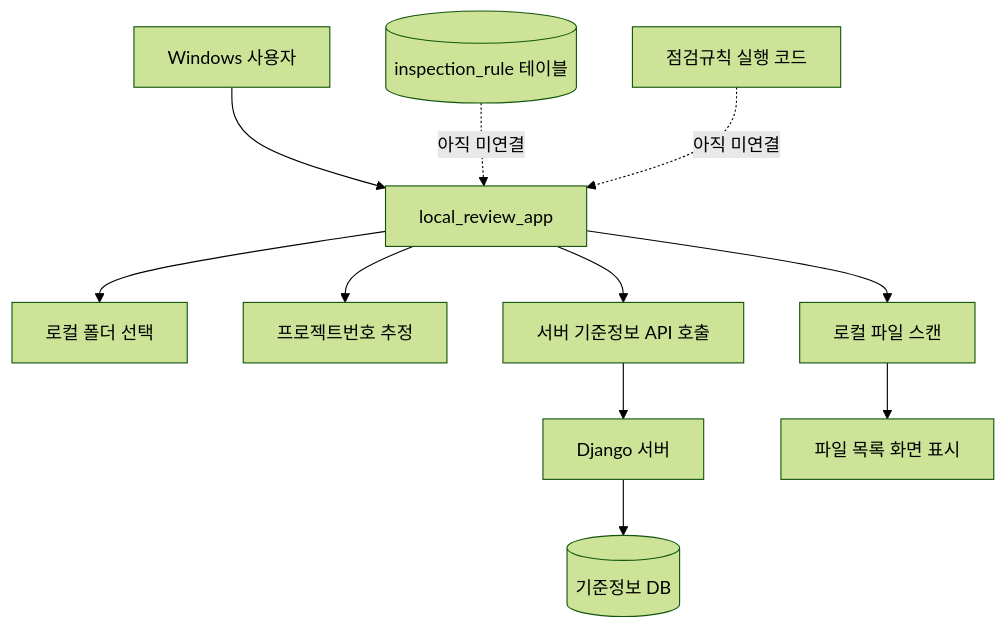
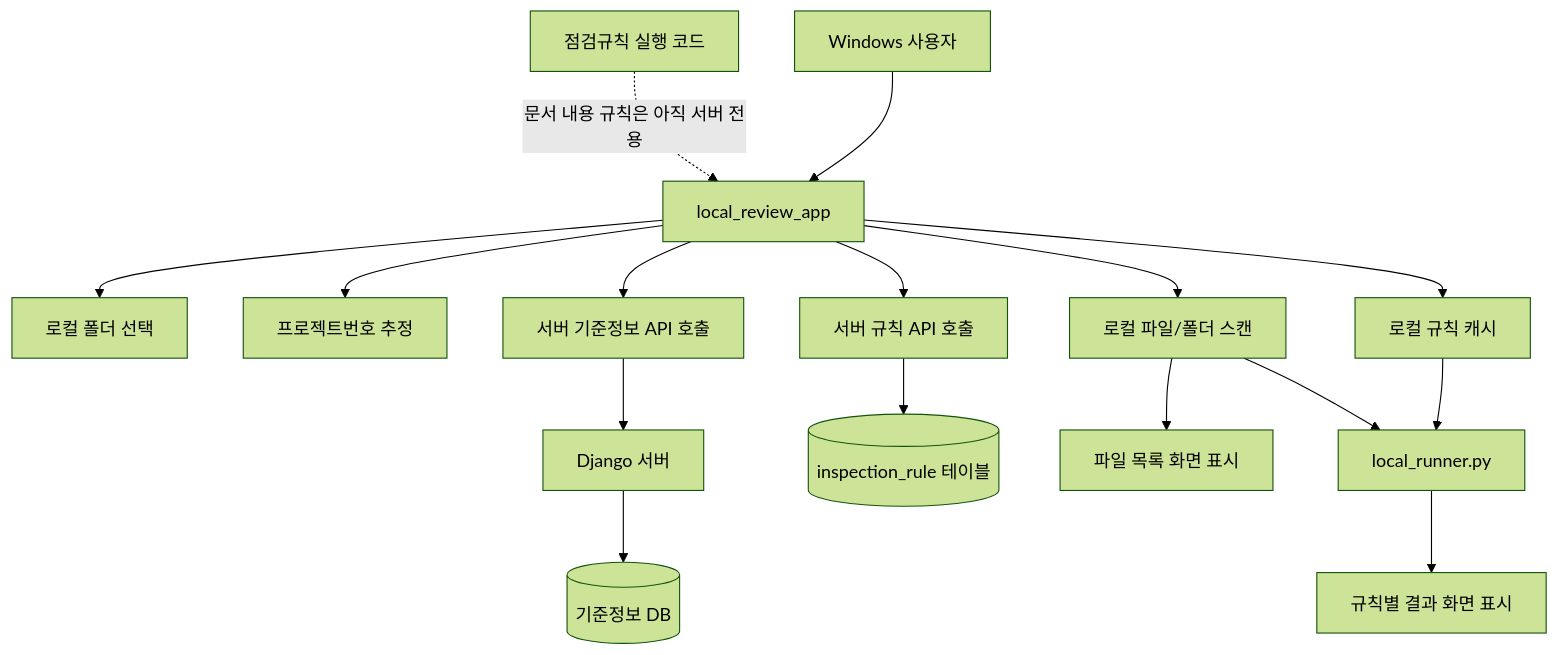
One commit to TTAJihoon/GSCert changed the second of 6 diagrams in main/docs/26_rulebase_shared_architecture.md. Above: the diagram before and after it, drawn with Mermaid (forest theme). The commit also changed other lines of this file and 7 other files, not shown here.

Commit message:
Connect local rule runner

````diff
--- a/main/docs/26_rulebase_shared_architecture.md
+++ b/main/docs/26_rulebase_shared_architecture.md
@@ -58,17 +58,21 @@
 ```mermaid
 flowchart TD
     User[Windows 사용자] --> App[local_review_app]
     App --> FolderSelect[로컬 폴더 선택]
     App --> InferProject[프로젝트번호 추정]
     App --> MetadataAPI[서버 기준정보 API 호출]
     MetadataAPI --> Server[Django 서버]
     Server --> ReferenceDB[(기준정보 DB)]
-    App --> Scanner[로컬 파일 스캔]
+    App --> RuleAPI[서버 규칙 API 호출]
+    RuleAPI --> RuleDB[(inspection_rule 테이블)]
+    App --> Cache[로컬 규칙 캐시]
+    App --> Scanner[로컬 파일/폴더 스캔]
     Scanner --> FileTable[파일 목록 화면 표시]
+    Cache --> LocalRunner[local_runner.py]
+    Scanner --> LocalRunner
+    LocalRunner --> ResultTable[규칙별 결과 화면 표시]
 
-    RuleDB[(inspection_rule 테이블)]
     RuleCode[점검규칙 실행 코드]
 
-    RuleDB -. 아직 미연결 .-> App
-    RuleCode -. 아직 미연결 .-> App
+    RuleCode -. 문서 내용 규칙은 아직 서버 전용 .-> App
 ```
````
